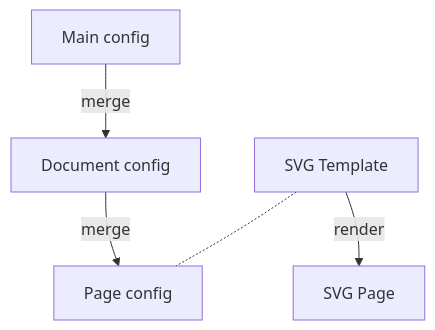
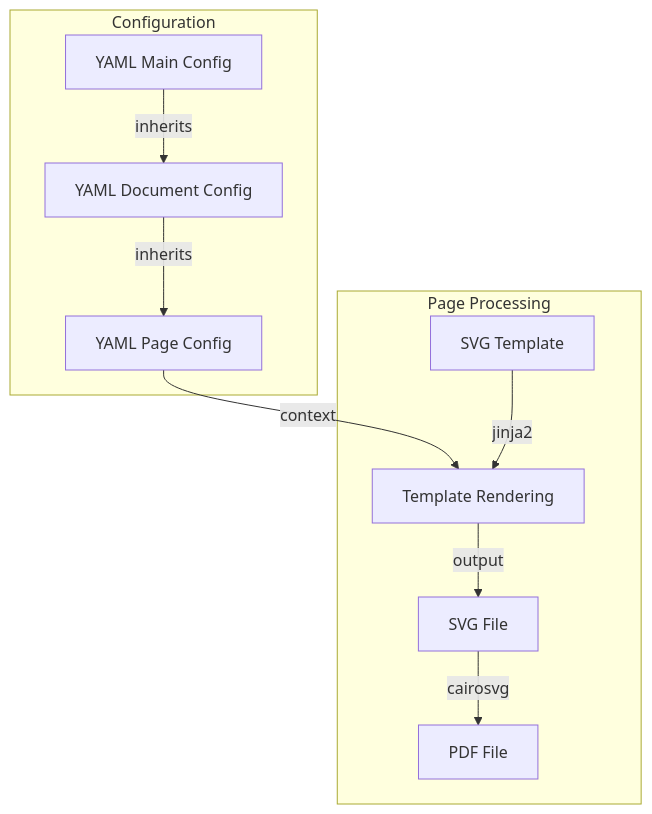
One commit to pythonnz/pdfbaker changed the diagram in docs/configuration.md. Above: the diagram before and after it, drawn with Mermaid. The commit also changed other lines of this file and 1 other file, not shown here.

Commit message:
Improve use of diagrams

````diff
--- a/docs/configuration.md
+++ b/docs/configuration.md
@@ -22,7 +24,15 @@
 ```mermaid
-graph TD
-    Main[Main config] -->|merge| Document[Document config]
-    Document -->|merge| Page[Page config]
-    Template[SVG Template] -.- Page
-    Template -->|render| SVG[SVG Page]
+flowchart TD
+    subgraph Configuration
+        Main[YAML Main Config] -->|inherits| Doc[YAML Document Config]
+        Doc -->|inherits| Page[YAML Page Config]
+    end
+
+    subgraph Page Processing
+        Template[SVG Template]
+        Page -->|context| Render[Template Rendering]
+        Template -->|jinja2| Render
+        Render -->|output| SVG[SVG File]
+        SVG -->|cairosvg| PDF[PDF File]
+    end
 ```
````
